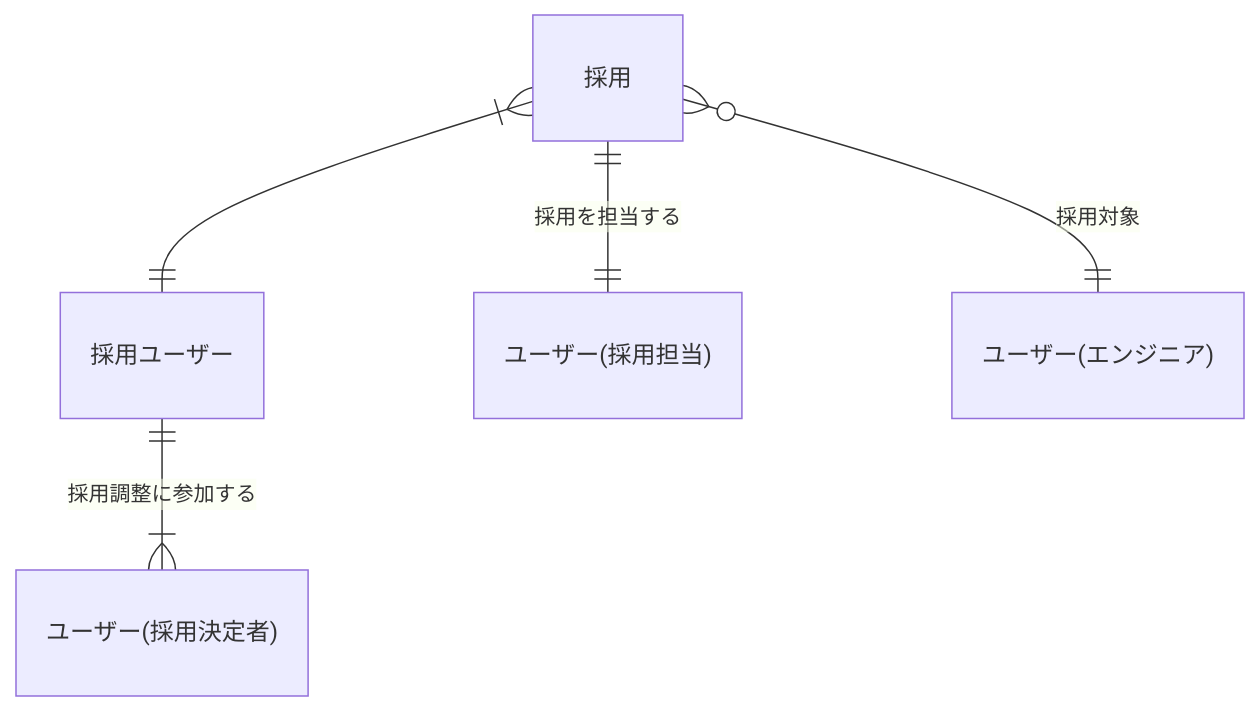
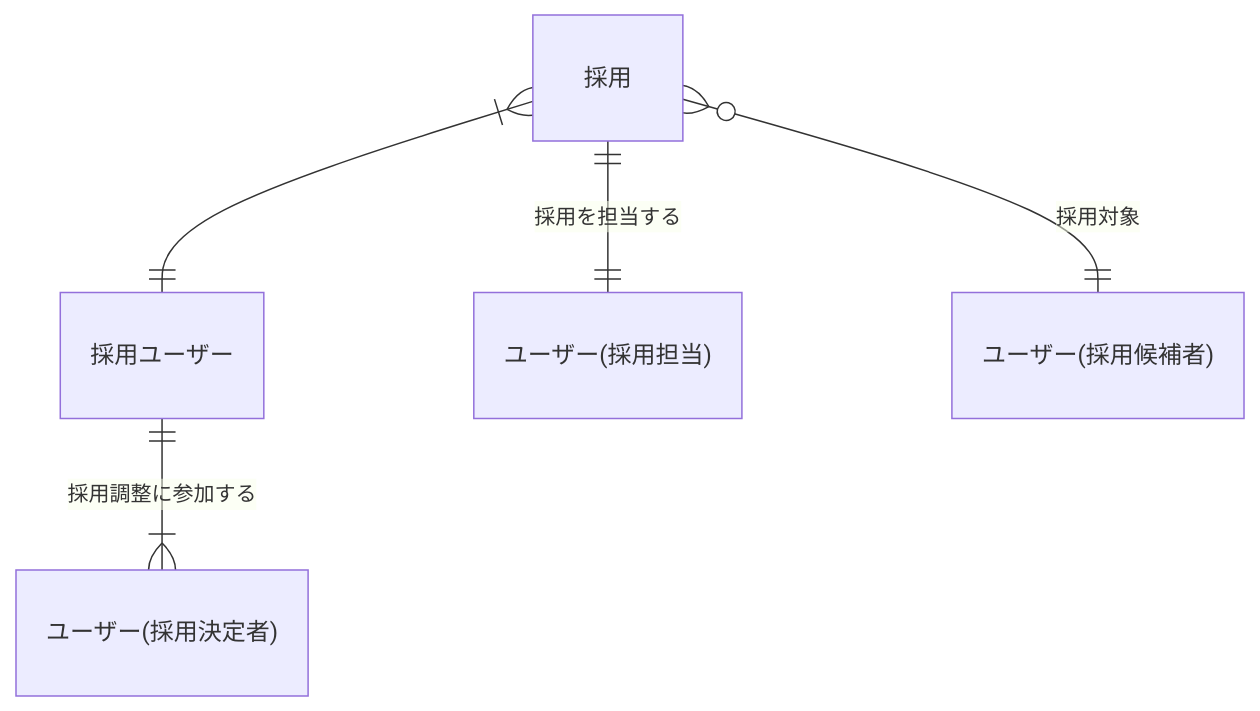
One commit to bright-org/bright changed the sixth of 6 diagrams in docs/conceptual_schemas/employment_and_interview.md. Above: the diagram before and after it, drawn with Mermaid. The commit also changed other lines of this file, not shown here.

````diff
--- a/docs/conceptual_schemas/employment_and_interview.md
+++ b/docs/conceptual_schemas/employment_and_interview.md
@@ -91,7 +91,7 @@
 ```mermaid
 erDiagram
   "採用"}|--||"採用ユーザー" : ""
   "採用ユーザー"||--|{"ユーザー(採用決定者)" : "採用調整に参加する"
   "採用"||--||"ユーザー(採用担当)" : "採用を担当する"
-  "採用"}o--||"ユーザー(エンジニア)" : "採用対象"
+  "採用"}o--||"ユーザー(採用候補者)" : "採用対象"
 ```
````
